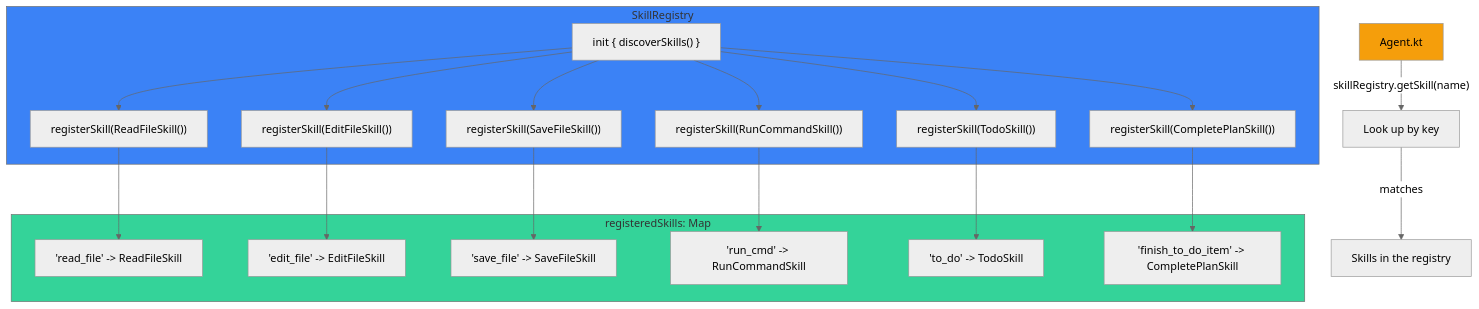
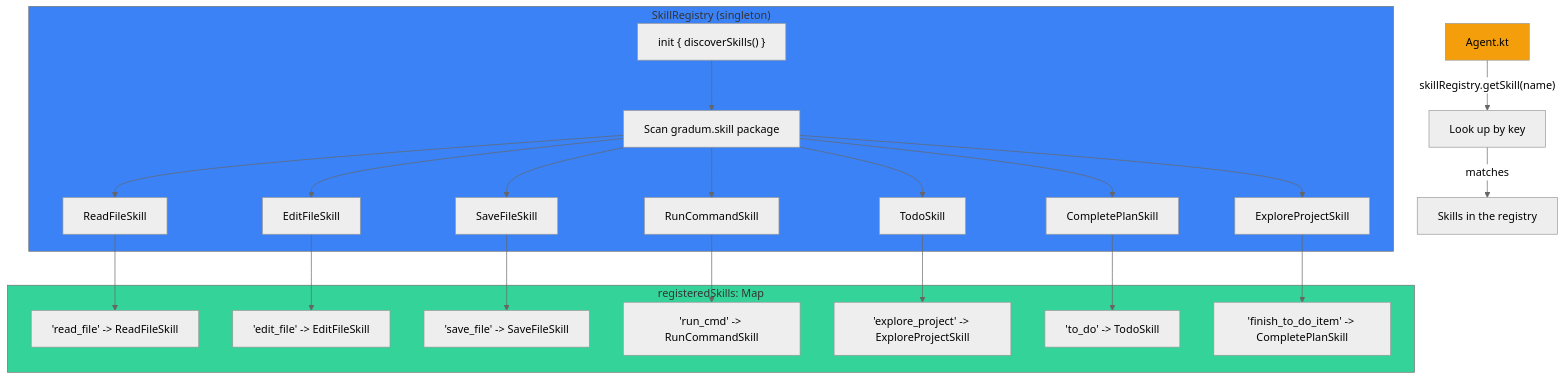
One commit to lg841226/Gradum changed the first of 4 diagrams in docs/PLUGIN_DEVELOPMENT.md. Above: the diagram before and after it, drawn with Mermaid (neutral theme). The commit also changed other lines of this file and 75 other files, not shown here.

First line of the commit message:
feat: add SchemaVariant API and refactor tool schema adaptation

````diff
--- a/docs/PLUGIN_DEVELOPMENT.md
+++ b/docs/PLUGIN_DEVELOPMENT.md
@@ -37,33 +40,37 @@
 ```mermaid
 flowchart TD
-    subgraph Registry["SkillRegistry"]
+    subgraph Registry["SkillRegistry (singleton)"]
         Init["init { discoverSkills() }"]
-        Init --> R1["registerSkill(ReadFileSkill())"]
-        Init --> R2["registerSkill(EditFileSkill())"]
-        Init --> R3["registerSkill(SaveFileSkill())"]
-        Init --> R4["registerSkill(RunCommandSkill())"]
-        Init --> R5["registerSkill(TodoSkill())"]
-        Init --> R7["registerSkill(CompletePlanSkill())"]
+        Init --> SCAN["Scan gradum.skill package"]
+        SCAN --> R1["ReadFileSkill"]
+        SCAN --> R2["EditFileSkill"]
+        SCAN --> R3["SaveFileSkill"]
+        SCAN --> R4["RunCommandSkill"]
+        SCAN --> R5["TodoSkill"]
+        SCAN --> R6["CompletePlanSkill"]
+        SCAN --> R7["ExploreProjectSkill"]
     end
 
     subgraph Map["registeredSkills: Map<String, Skill>"]
         Key1["'read_file' -> ReadFileSkill"]
         Key2["'edit_file' -> EditFileSkill"]
         Key3["'save_file' -> SaveFileSkill"]
         Key4["'run_cmd' -> RunCommandSkill"]
-        Key5["'to_do' -> TodoSkill"]
-        Key6["'finish_to_do_item' -> CompletePlanSkill"]
+        Key5["'explore_project' -> ExploreProjectSkill"]
+        Key6["'to_do' -> TodoSkill"]
+        Key7["'finish_to_do_item' -> CompletePlanSkill"]
     end
 
     R1 --> Key1
     R2 --> Key2
     R3 --> Key3
     R4 --> Key4
     R5 --> Key5
-    R7 --> Key6
+    R6 --> Key6
+    R7 --> Key7
     Agent[Agent.kt] -->|"skillRegistry.getSkill(name)"| SkillLook[Look up by key]
     SkillLook -->|matches| Skills[Skills in the registry]
     style Registry fill:#3b82f6
     style Map fill:#34d399
     style Agent fill:#f59e0b
 ```
````
